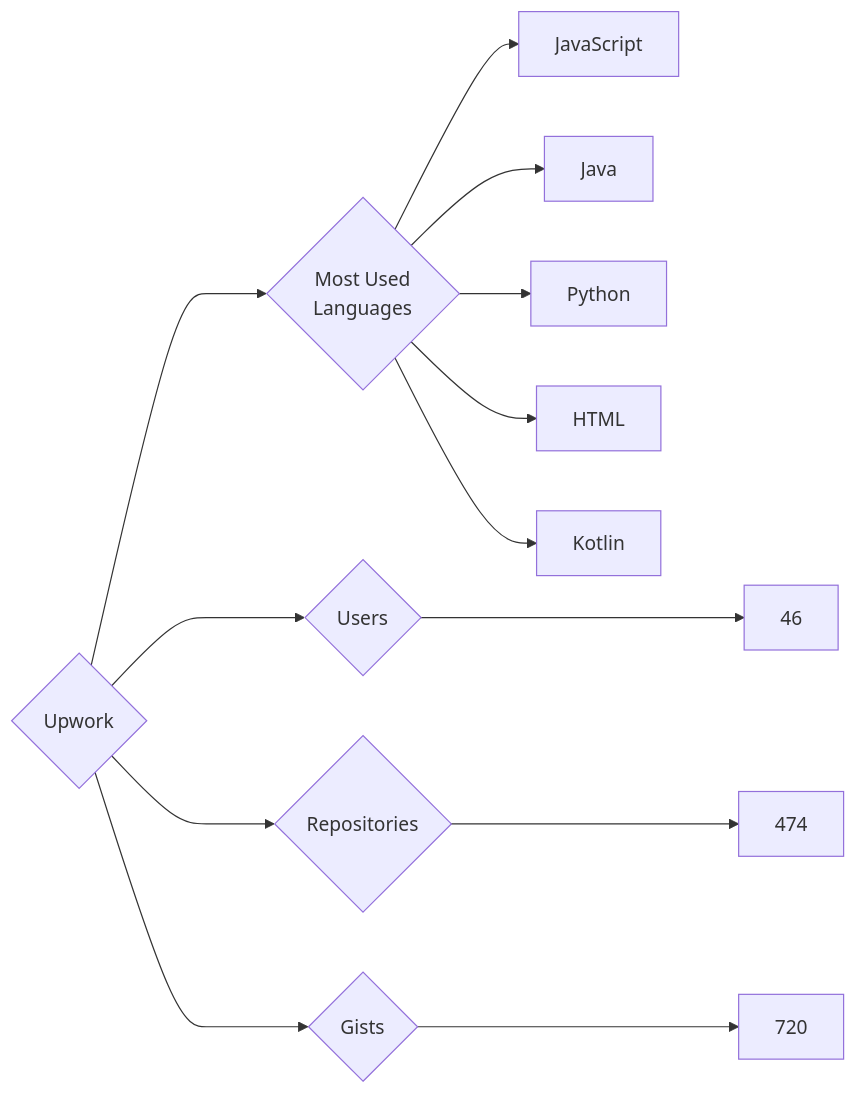
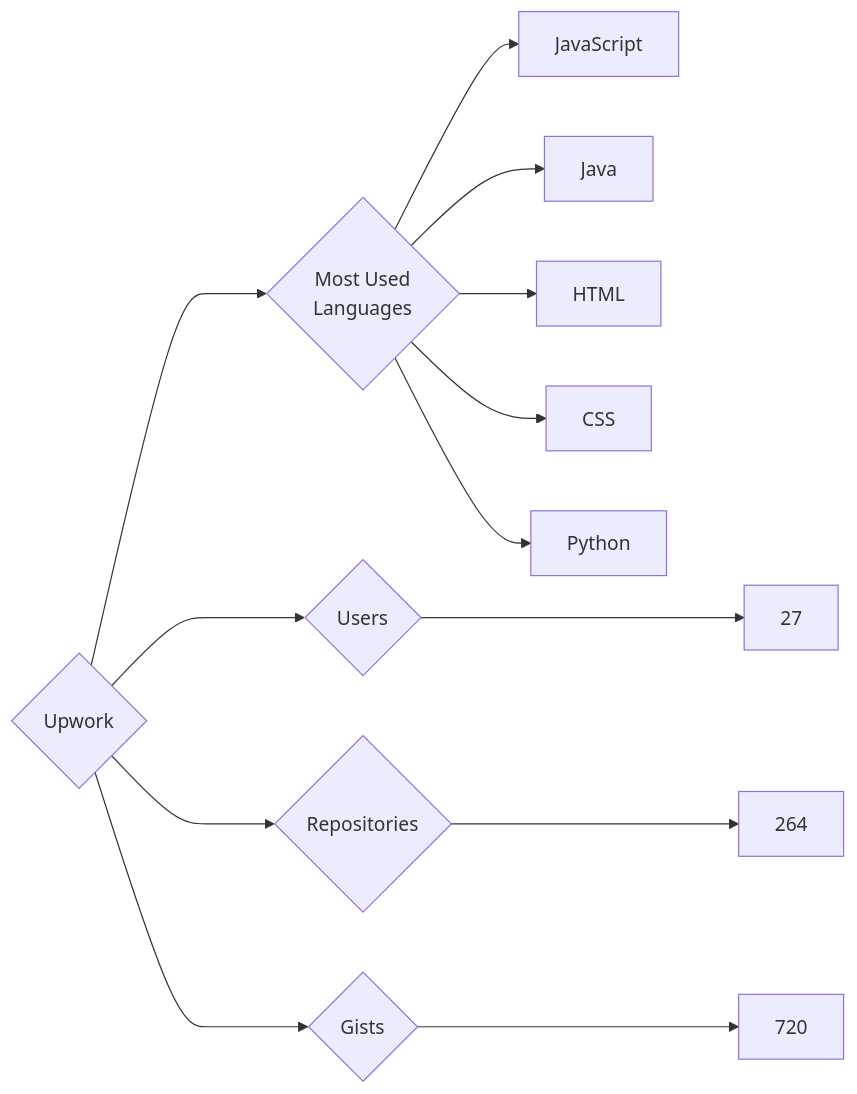
Before and after one commit to trickest/insiders: the diagram in targets/Upwork/README.md, drawn with Mermaid. The commit also changed 823 other files, not shown here.

````diff
--- a/targets/Upwork/README.md
+++ b/targets/Upwork/README.md
@@ -3,13 +3,13 @@
 ```mermaid
 graph LR
 COMPANY_NAME{Upwork}
-COMPANY_NAME ---> U{Users} ---> UN[46]
-COMPANY_NAME ---> R{Repositories} ---> RN[474]
+COMPANY_NAME ---> U{Users} ---> UN[27]
+COMPANY_NAME ---> R{Repositories} ---> RN[264]
 COMPANY_NAME ---> G{Gists} ---> GN[720]
 COMPANY_NAME ---> ML{Most Used<br>Languages}
 ML --> JavaScript[JavaScript]
 ML --> Java[Java]
+ML --> HTML[HTML]
+ML --> CSS[CSS]
 ML --> Python[Python]
-ML --> HTML[HTML]
-ML --> Kotlin[Kotlin]
 ```
````
